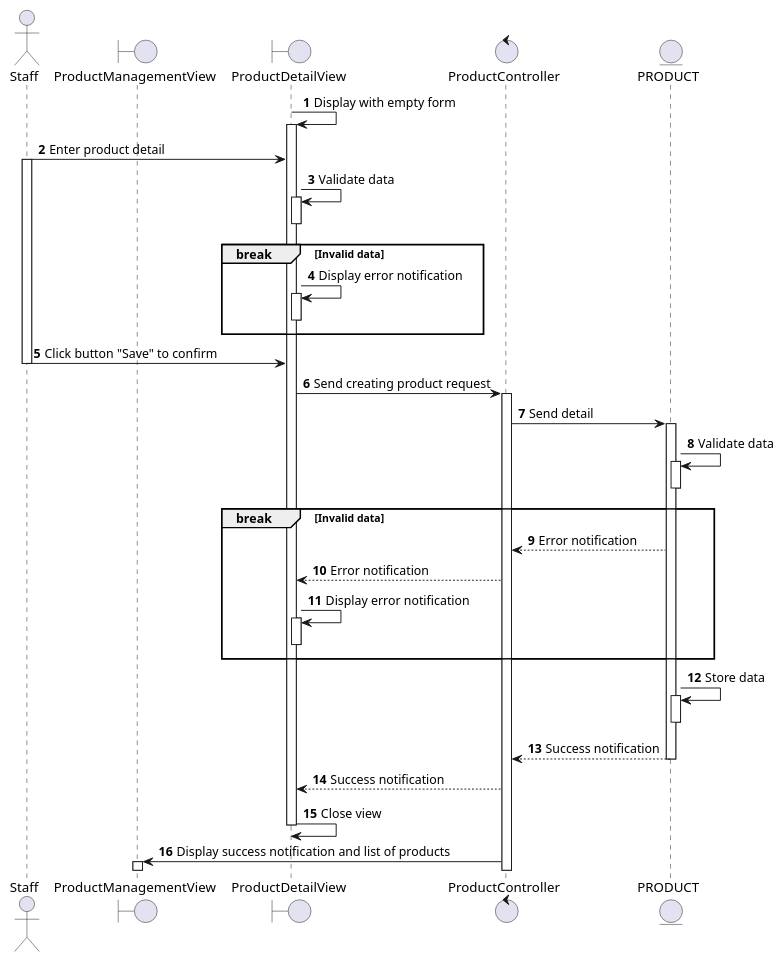
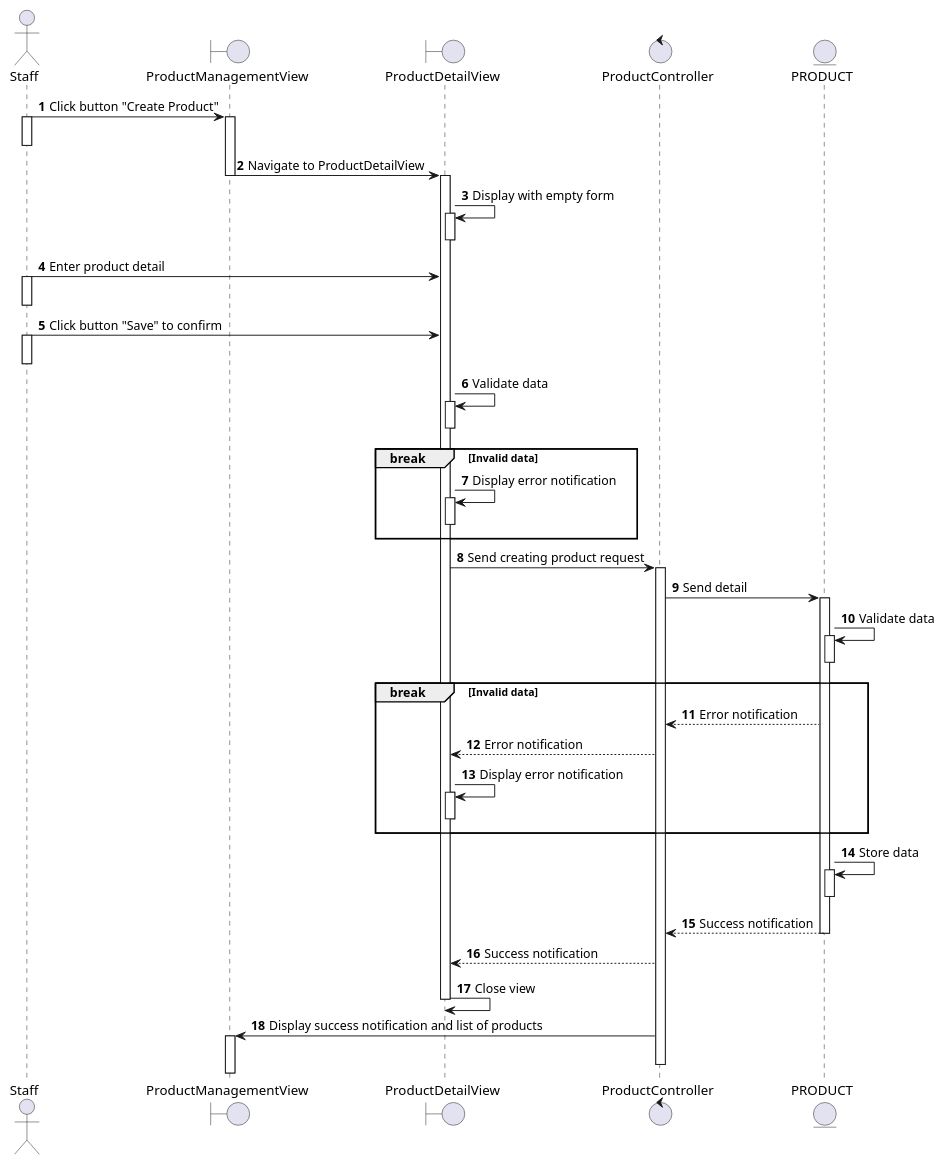
One commit to electricilies/electricilies.github.io changed the diagram in docs/software-docs/sequence/manage-product/add-product.md. Above: the diagram before and after it, drawn with PlantUML. The commit also changed 16 other files, not shown here.

Commit message:
refactor: sequence diagrams start from user side, and some minor

````diff
--- a/docs/software-docs/sequence/manage-product/add-product.md
+++ b/docs/software-docs/sequence/manage-product/add-product.md
@@ -3,51 +3,62 @@
 ```plantuml
 @startuml
 autonumber
 
 actor Staff as S
 boundary ProductManagementView as PMV
 boundary ProductDetailView as PDV
 control ProductController as PC
 entity PRODUCT as P
 
+S -> PMV: Click button "Create Product"
+activate S
+activate PMV
+deactivate S
+PMV -> PDV: Navigate to ProductDetailView
+deactivate PMV
+activate PDV
 PDV -> PDV: Display with empty form
 activate PDV
+deactivate PDV
 S -> PDV: Enter product detail
 activate S
+deactivate S
+S -> PDV: Click button "Save" to confirm
+activate S
+deactivate S
 PDV -> PDV: Validate data
 activate PDV
 deactivate PDV
 break Invalid data
   PDV -> PDV: Display error notification
   activate PDV
   deactivate PDV
 end
-S -> PDV: Click button "Save" to confirm
-deactivate S
 PDV -> PC: Send creating product request
 activate PC
 PC -> P: Send detail
 activate P
 P -> P: Validate data
 activate P
 deactivate P
 break Invalid data
   PC <-- P: Error notification
   PDV <-- PC: Error notification
   PDV -> PDV: Display error notification
   activate PDV
   deactivate PDV
 end
 P -> P: Store data
 activate P
 deactivate P
 PC <-- P: Success notification
 deactivate P
 PDV <-- PC: Success notification
 PDV -> PDV: Close view
 deactivate PDV
 PMV <- PC: Display success notification and list of products
 activate PMV
+deactivate PC
 
 @enduml
 ```
````
